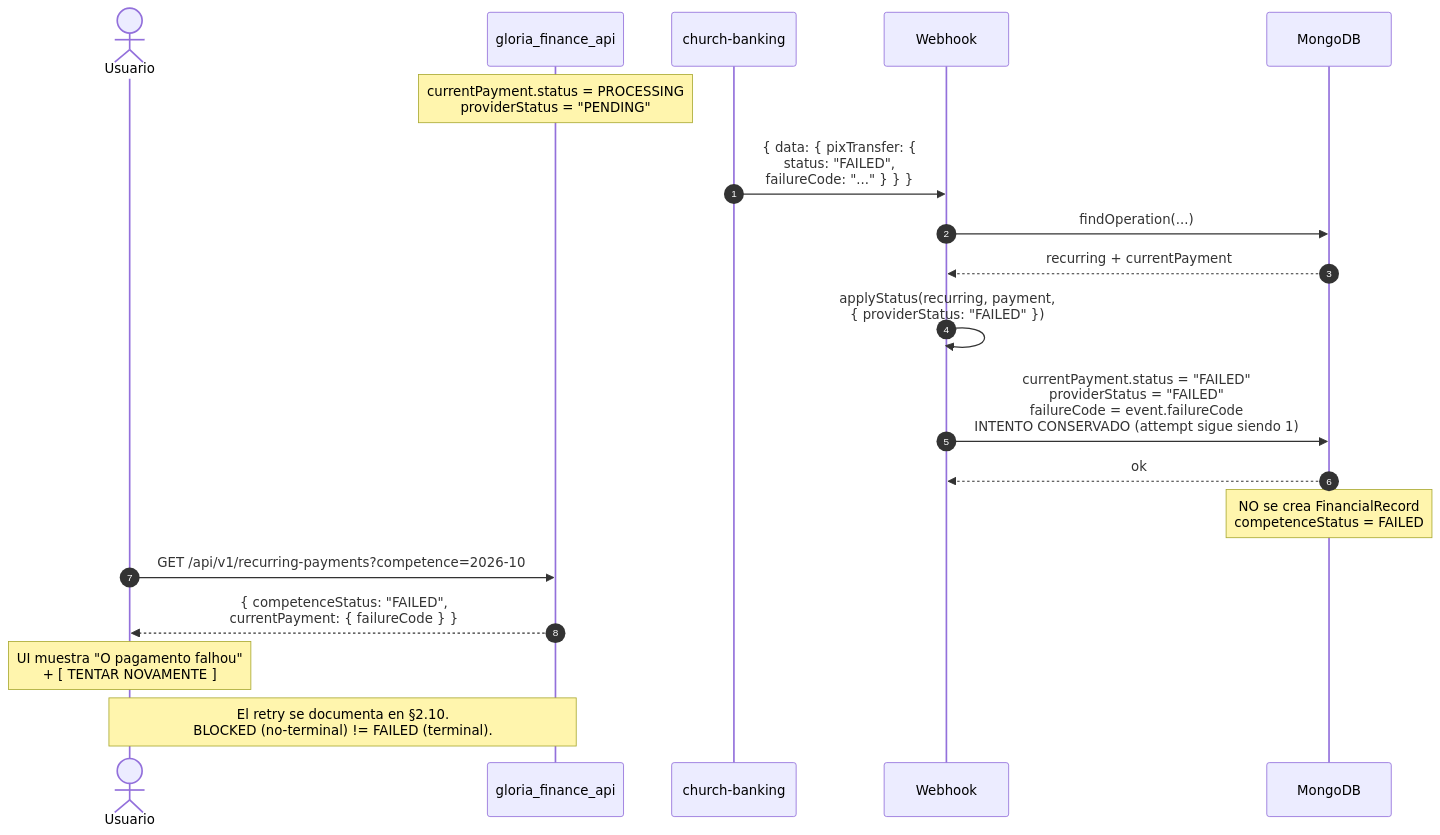
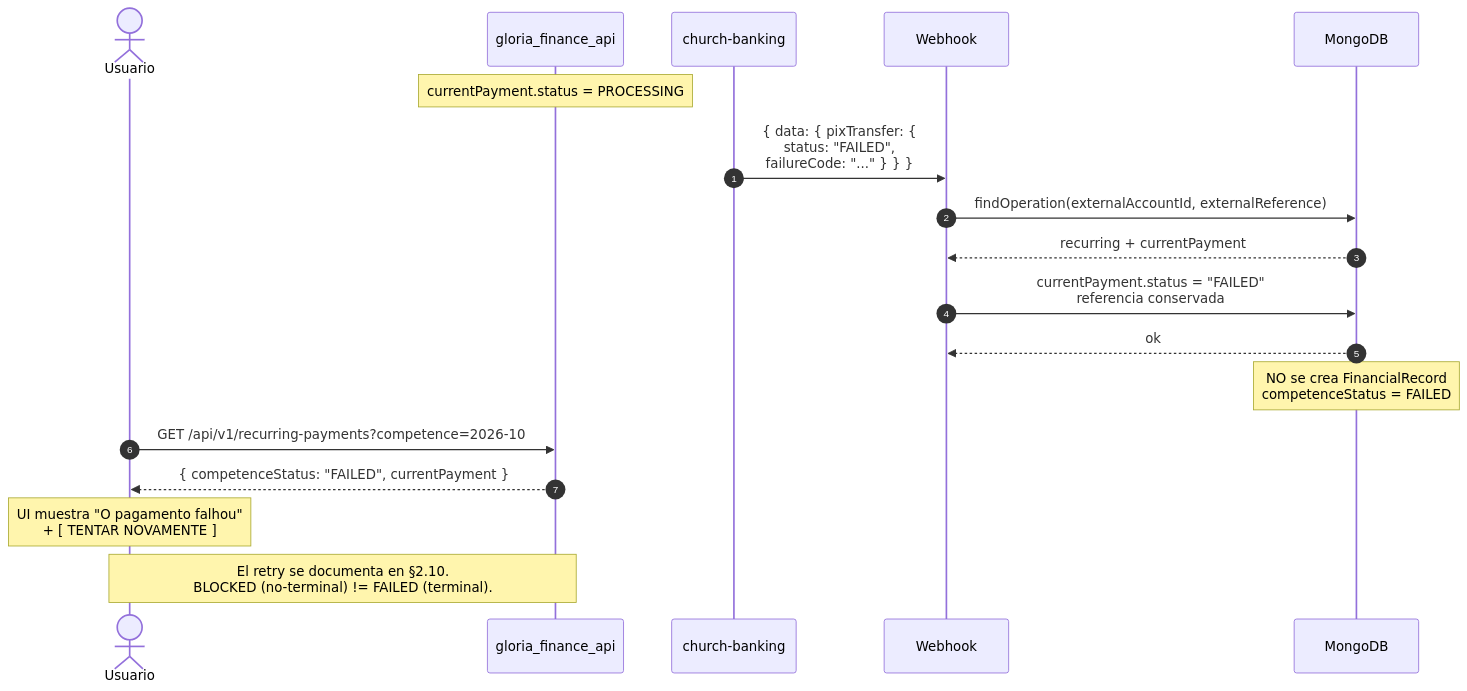
Before and after one commit to gloriafinance/gloria_finance_api: the tenth of 18 diagrams in docs/recurring-payments-diagrams.md, drawn with Mermaid. The commit also changed other lines of this file and 31 other files, not shown here.

````diff
--- a/docs/recurring-payments-diagrams.md
+++ b/docs/recurring-payments-diagrams.md
@@ -437,28 +475,26 @@
 ```mermaid
 sequenceDiagram
     autonumber
     actor U as Usuario
     participant API as gloria_finance_api
     participant CB as church-banking
     participant WH as Webhook
     participant DB as MongoDB
 
-    Note over API: currentPayment.status = PROCESSING<br/>providerStatus = "PENDING"
+    Note over API: currentPayment.status = PROCESSING
 
     CB->>WH: { data: { pixTransfer: {<br/>  status: "FAILED",<br/>  failureCode: "..." } } }
-    WH->>DB: findOperation(...)
+    WH->>DB: findOperation(externalAccountId, externalReference)
     DB-->>WH: recurring + currentPayment
 
-    WH->>WH: applyStatus(recurring, payment,<br/>{ providerStatus: "FAILED" })
-
-    WH->>DB: currentPayment.status = "FAILED"<br/>providerStatus = "FAILED"<br/>failureCode = event.failureCode<br/>INTENTO CONSERVADO (attempt sigue siendo 1)
+    WH->>DB: currentPayment.status = "FAILED"<br/>referencia conservada
     DB-->>WH: ok
 
     Note over DB: NO se crea FinancialRecord<br/>competenceStatus = FAILED
 
     U->>API: GET /api/v1/recurring-payments?competence=2026-10
-    API-->>U: { competenceStatus: "FAILED",<br/>  currentPayment: { failureCode } }
+    API-->>U: { competenceStatus: "FAILED", currentPayment }
     Note over U: UI muestra "O pagamento falhou"<br/>+ [ TENTAR NOVAMENTE ]
 
     Note over U,API: El retry se documenta en §2.10.<br/>BLOCKED (no-terminal) != FAILED (terminal).
 ```
````
